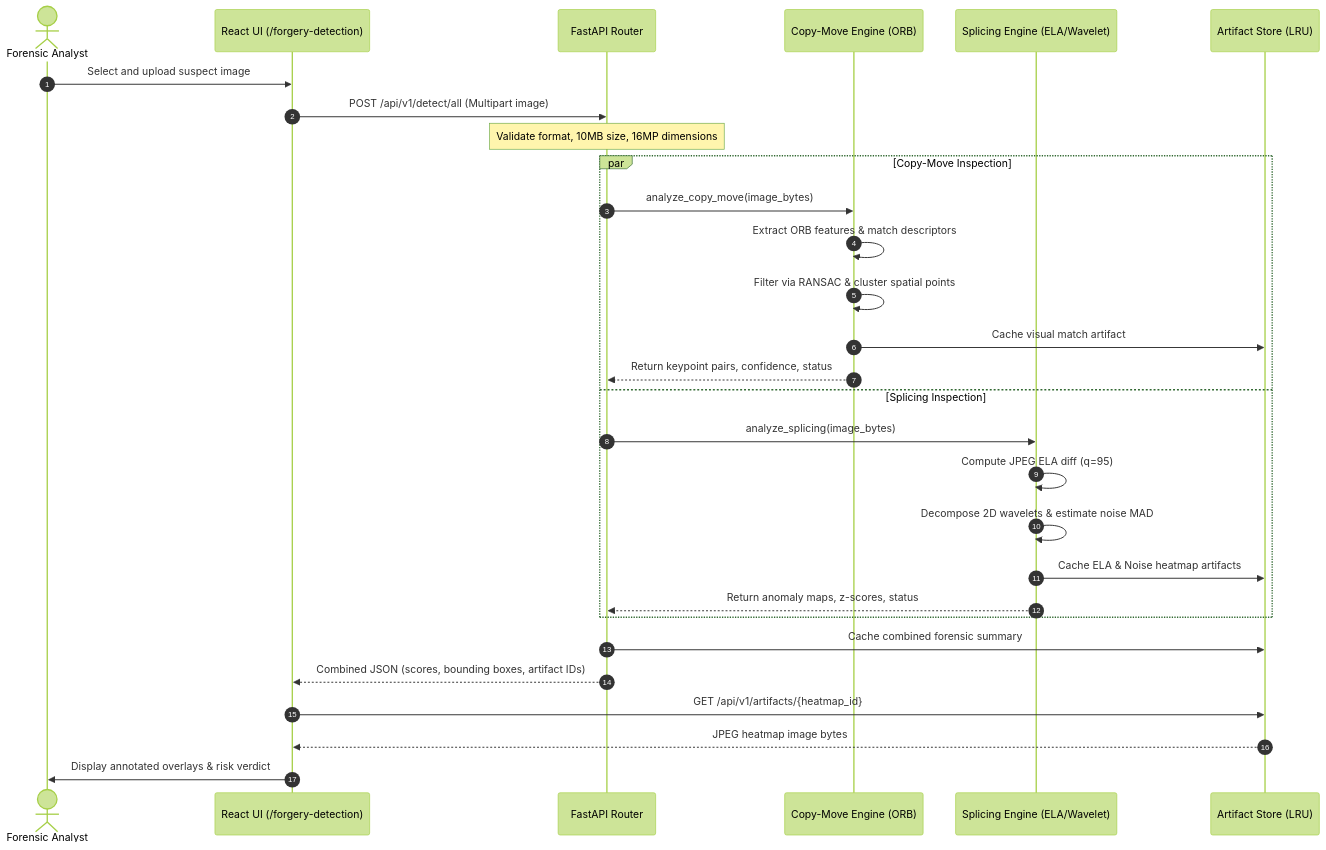
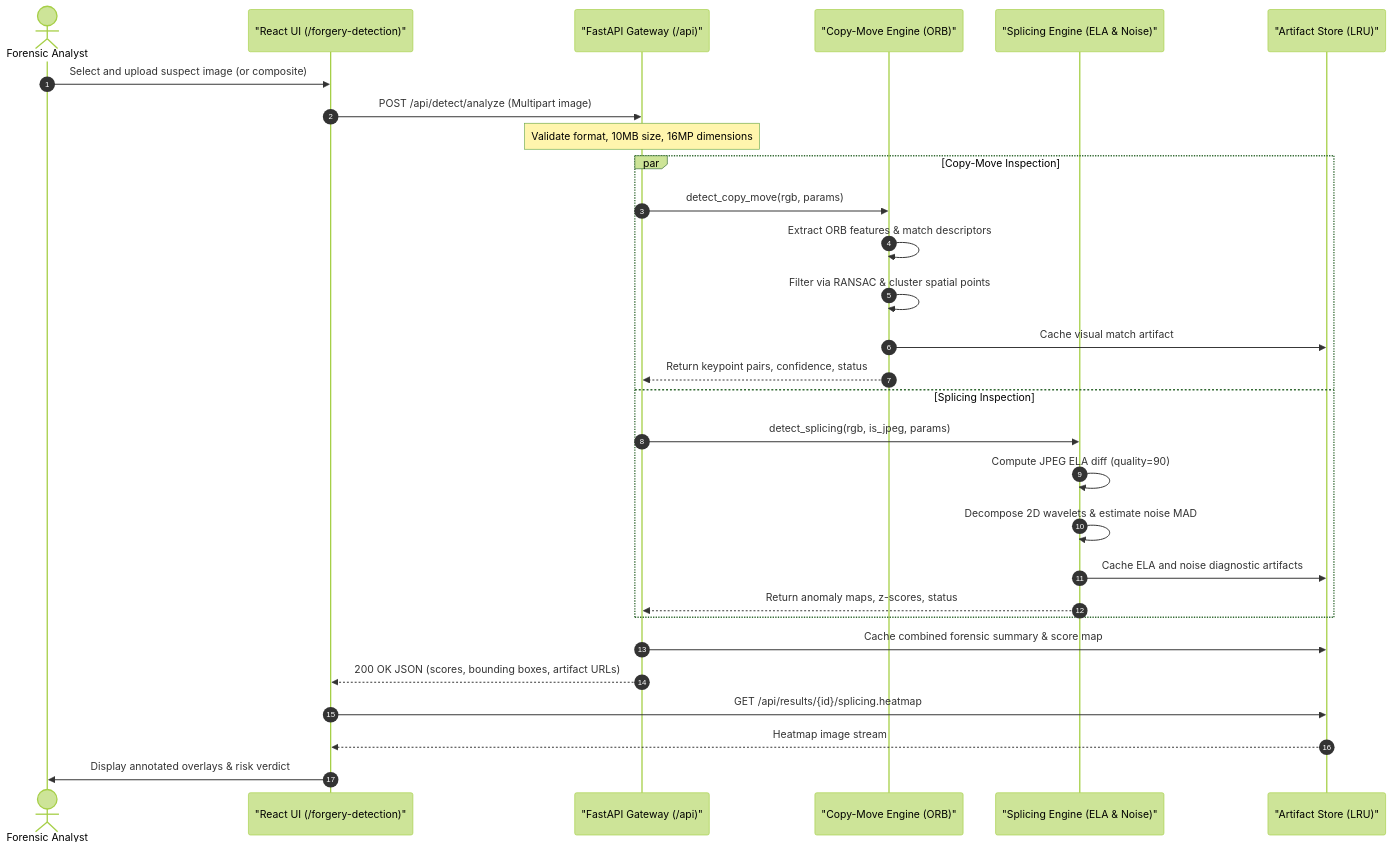
The second of 4 diagrams in README.md (abhiveeramallu/Image_Guard), drawn with Mermaid (forest theme) before and after one commit. The commit also changed other lines of this file, not shown here.

````diff
--- a/README.md
+++ b/README.md
@@ -254,34 +257,34 @@
 ```mermaid
 sequenceDiagram
     autonumber
     actor User as Forensic Analyst
-    participant Frontend as React UI (/forgery-detection)
-    participant API as FastAPI Router
-    participant CM as Copy-Move Engine (ORB)
-    participant SP as Splicing Engine (ELA/Wavelet)
-    participant Store as Artifact Store (LRU)
+    participant Frontend as "React UI (/forgery-detection)"
+    participant API as "FastAPI Gateway (/api)"
+    participant CM as "Copy-Move Engine (ORB)"
+    participant SP as "Splicing Engine (ELA & Noise)"
+    participant Store as "Artifact Store (LRU)"
 
-    User->>Frontend: Select and upload suspect image
-    Frontend->>API: POST /api/v1/detect/all (Multipart image)
+    User->>Frontend: Select and upload suspect image (or composite)
+    Frontend->>API: POST /api/detect/analyze (Multipart image)
     Note over API: Validate format, 10MB size, 16MP dimensions
 
     par Copy-Move Inspection
-        API->>CM: analyze_copy_move(image_bytes)
+        API->>CM: detect_copy_move(rgb, params)
         CM->>CM: Extract ORB features & match descriptors
         CM->>CM: Filter via RANSAC & cluster spatial points
         CM->>Store: Cache visual match artifact
         CM-->>API: Return keypoint pairs, confidence, status
     and Splicing Inspection
-        API->>SP: analyze_splicing(image_bytes)
-        SP->>SP: Compute JPEG ELA diff (q=95)
+        API->>SP: detect_splicing(rgb, is_jpeg, params)
+        SP->>SP: Compute JPEG ELA diff (quality=90)
         SP->>SP: Decompose 2D wavelets & estimate noise MAD
-        SP->>Store: Cache ELA & Noise heatmap artifacts
+        SP->>Store: Cache ELA and noise diagnostic artifacts
         SP-->>API: Return anomaly maps, z-scores, status
     end
 
-    API->>Store: Cache combined forensic summary
-    API-->>Frontend: Combined JSON (scores, bounding boxes, artifact IDs)
-    Frontend->>Store: GET /api/v1/artifacts/{heatmap_id}
-    Store-->>Frontend: JPEG heatmap image bytes
+    API->>Store: Cache combined forensic summary & score map
+    API-->>Frontend: 200 OK JSON (scores, bounding boxes, artifact URLs)
+    Frontend->>Store: GET /api/results/{id}/splicing.heatmap
+    Store-->>Frontend: Heatmap image stream
     Frontend->>User: Display annotated overlays & risk verdict
 ```
````
